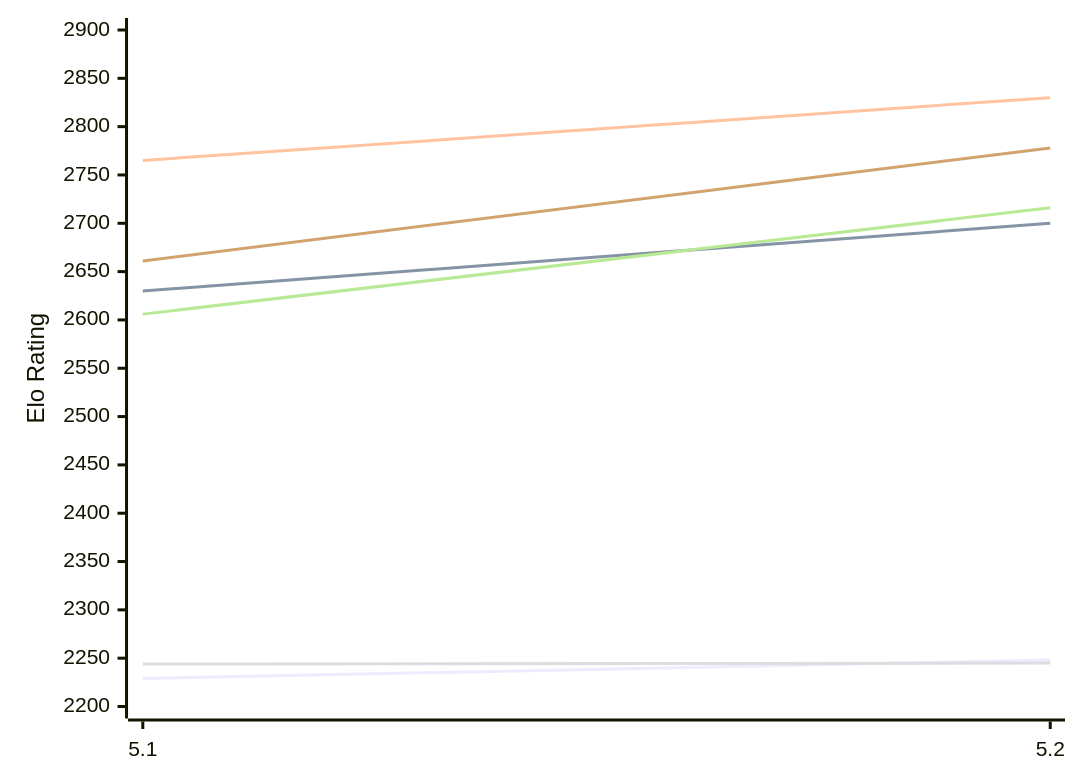
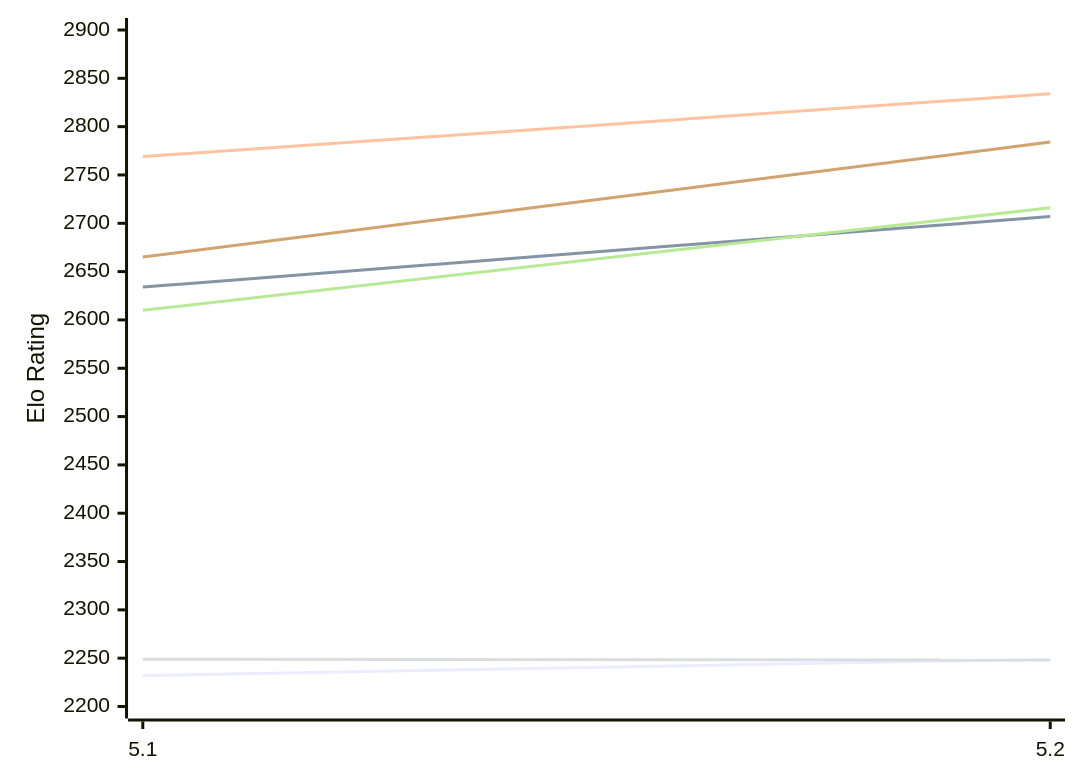
One commit to computer-chess-index/cci changed the first of 2 diagrams in engines/Dorky.md. Above: the diagram before and after it, drawn with Mermaid. The commit also changed other lines of this file, not shown here.

Commit message:
Update CCI Ratings (ELO VLTC) - 2026-11-20

````diff
--- a/engines/Dorky.md
+++ b/engines/Dorky.md
@@ -50,12 +50,12 @@
 ```mermaid
 %%{init: {"theme":"base","themeVariables":{"seriesColors:['#a3a3a3','#222221','#faa371']}}}%%
 xychart-beta
   x-axis ["5.1", "5.2"]
   y-axis "Elo Rating" 2200 --> 2900
-  line "E1: STC (8.0+0.08s)" [2229, 2248]
-  line "E1: LTC (60.0+0.60s)" [2630, 2700]
-  line "E1: VLTC (2m24s+1.12s)" [2765, 2830]
-  line "P1: STC (8.0+0.08s)" [2244, 2245]
-  line "P1: LTC (60.0+0.60s)" [2606, 2716]
-  line "P1: VLTC (2m24s+1.12s)" [2661, 2778]
+  line "E1: STC (8.0+0.08s)" [2232, 2249]
+  line "E1: LTC (60.0+0.60s)" [2634, 2707]
+  line "E1: VLTC (2m24s+1.12s)" [2769, 2834]
+  line "P1: STC (8.0+0.08s)" [2249, 2248]
+  line "P1: LTC (60.0+0.60s)" [2610, 2716]
+  line "P1: VLTC (2m24s+1.12s)" [2665, 2784]
 ```
````
